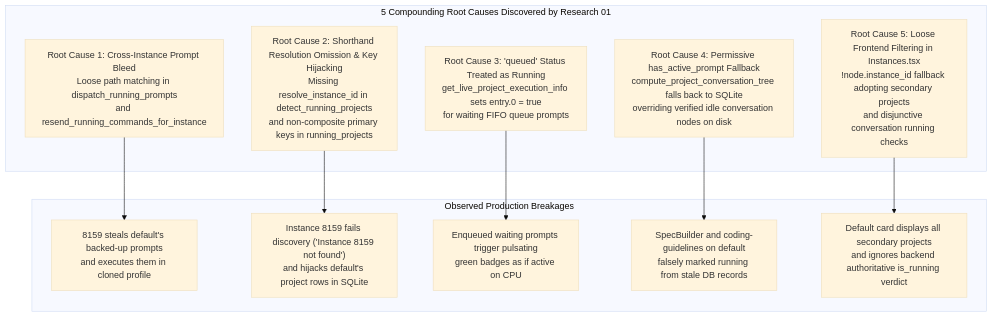
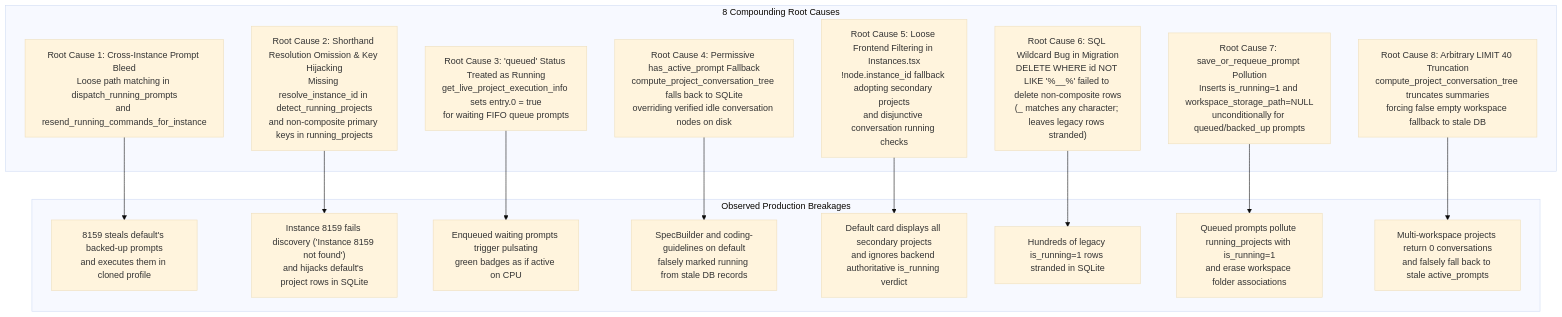
Before and after one commit to alimtvnetwork/Antigravity-Manager: the second of 4 diagrams in 02-spec/21-app/123-prompt-running-instance-detection-and-audit-logging/01-architecture-spec.md, drawn with Mermaid (base theme). The commit also changed other lines of this file and 4 other files, not shown here.

Commit message:
feat(repo_db): fix SQL delimiter migration, sanitize prompt persistence, and eliminate conversation tree truncation

````diff
--- a/02-spec/21-app/123-prompt-running-instance-detection-and-audit-logging/01-architecture-spec.md
+++ b/02-spec/21-app/123-prompt-running-instance-detection-and-audit-logging/01-architecture-spec.md
@@ -117,24 +117,33 @@
 ```mermaid
 flowchart TD
-    subgraph RootCauses ["5 Compounding Root Causes Discovered by Research 01"]
+    subgraph RootCauses ["8 Compounding Root Causes"]
         RC1["Root Cause 1: Cross-Instance Prompt Bleed<br/>Loose path matching in dispatch_running_prompts<br/>and resend_running_commands_for_instance"]
         RC2["Root Cause 2: Shorthand Resolution Omission & Key Hijacking<br/>Missing resolve_instance_id in detect_running_projects<br/>and non-composite primary keys in running_projects"]
         RC3["Root Cause 3: 'queued' Status Treated as Running<br/>get_live_project_execution_info sets entry.0 = true<br/>for waiting FIFO queue prompts"]
         RC4["Root Cause 4: Permissive has_active_prompt Fallback<br/>compute_project_conversation_tree falls back to SQLite<br/>overriding verified idle conversation nodes on disk"]
         RC5["Root Cause 5: Loose Frontend Filtering in Instances.tsx<br/>!node.instance_id fallback adopting secondary projects<br/>and disjunctive conversation running checks"]
+        RC6["Root Cause 6: SQL Wildcard Bug in Migration<br/>DELETE WHERE id NOT LIKE '%__%' failed to delete non-composite rows<br/>(_ matches any character; leaves legacy rows stranded)"]
+        RC7["Root Cause 7: save_or_requeue_prompt Pollution<br/>Inserts is_running=1 and workspace_storage_path=NULL<br/>unconditionally for queued/backed_up prompts"]
+        RC8["Root Cause 8: Arbitrary LIMIT 40 Truncation<br/>compute_project_conversation_tree truncates summaries<br/>forcing false empty workspace fallback to stale DB"]
     end
 
     subgraph Failures ["Observed Production Breakages"]
         F1["8159 steals default's backed-up prompts<br/>and executes them in cloned profile"]
         F2["Instance 8159 fails discovery ('Instance 8159 not found')<br/>and hijacks default's project rows in SQLite"]
         F3["Enqueued waiting prompts trigger pulsating<br/>green badges as if active on CPU"]
         F4["SpecBuilder and coding-guidelines on default<br/>falsely marked running from stale DB records"]
         F5["Default card displays all secondary projects<br/>and ignores backend authoritative is_running verdict"]
+        F6["Hundreds of legacy is_running=1 rows stranded in SQLite"]
+        F7["Queued prompts pollute running_projects with is_running=1<br/>and erase workspace folder associations"]
+        F8["Multi-workspace projects return 0 conversations<br/>and falsely fall back to stale active_prompts"]
     end
 
     RC1 --> F1
     RC2 --> F2
     RC3 --> F3
     RC4 --> F4
     RC5 --> F5
+    RC6 --> F6
+    RC7 --> F7
+    RC8 --> F8
 ```
````
